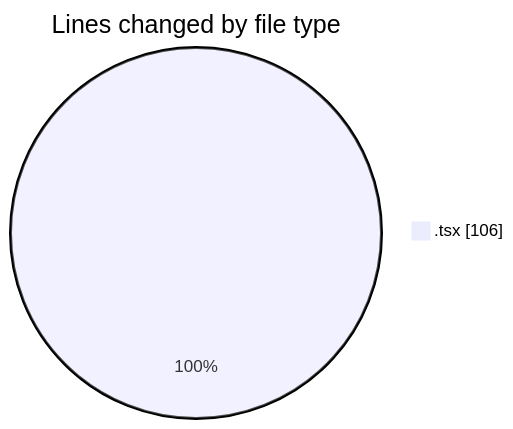
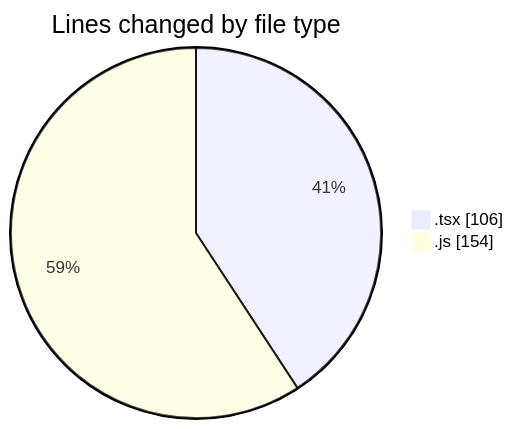
Before and after one commit to Elitesun/code-tracking: the first of 2 diagrams in 2025-05-28/elitesun/README.md, drawn with Mermaid. The commit also changed other lines of this file and 2 other files, not shown here.

````diff
--- a/2025-05-28/elitesun/README.md
+++ b/2025-05-28/elitesun/README.md
@@ -22,5 +23,6 @@
 ```mermaid
 pie showData
 title Lines changed by file type
 ".tsx" : 106
+".js" : 154
 ```
````
